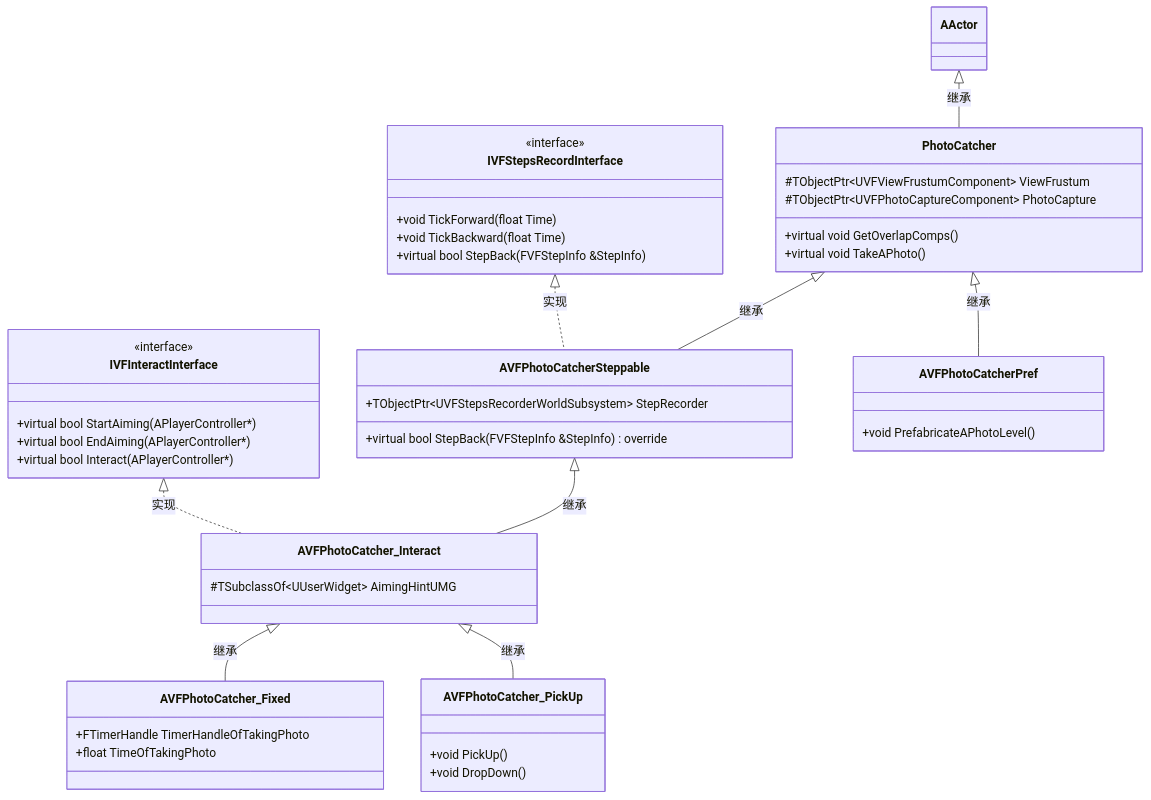
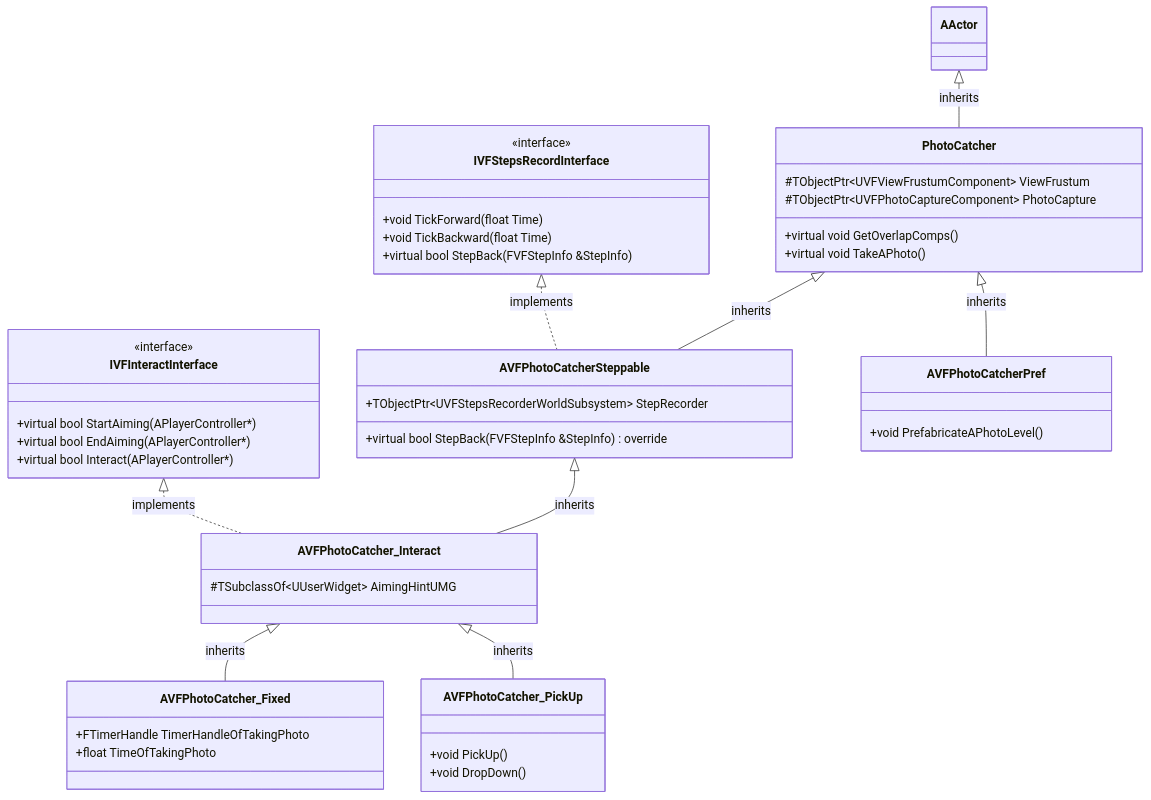
The second of 9 diagrams in README.md (StrangeDS/ViewFinderRe), drawn with Mermaid before and after one commit. The commit also changed other lines of this file and 1 other file, not shown here.

````diff
--- a/README.md
+++ b/README.md
@@ -370,57 +1032,57 @@
 ```mermaid
 classDiagram
     class PhotoCatcher {
       #TObjectPtr~UVFViewFrustumComponent~ ViewFrustum
       #TObjectPtr~UVFPhotoCaptureComponent~ PhotoCapture
 
       +virtual void GetOverlapComps()
       +virtual void TakeAPhoto()
     }
 
     class IVFStepsRecordInterface {
       <<interface>>
       +void TickForward(float Time)
       +void TickBackward(float Time)
       +virtual bool StepBack(FVFStepInfo &StepInfo)
     }
 
     class AVFPhotoCatcherSteppable {
       +TObjectPtr~UVFStepsRecorderWorldSubsystem~ StepRecorder
 
       +virtual bool StepBack(FVFStepInfo &StepInfo) override
     }
 
     class IVFInteractInterface {
       <<interface>>
       +virtual bool StartAiming(APlayerController*)
       +virtual bool EndAiming(APlayerController*)
       +virtual bool Interact(APlayerController*)
     }
 
     class AVFPhotoCatcher_Interact {
       #TSubclassOf~UUserWidget~ AimingHintUMG
     }
 
     class AVFPhotoCatcher_Fixed {
       +FTimerHandle TimerHandleOfTakingPhoto
       +float TimeOfTakingPhoto
     }
 
     class AVFPhotoCatcher_PickUp {
       +void PickUp()
       +void DropDown()
     }
 
     class AVFPhotoCatcherPref {
       +void PrefabricateAPhotoLevel()
     }
 
-    AActor <|-- PhotoCatcher: 继承
-    PhotoCatcher <|-- AVFPhotoCatcherSteppable: 继承
-    IVFStepsRecordInterface <|.. AVFPhotoCatcherSteppable: 实现
-    AVFPhotoCatcherSteppable <|-- AVFPhotoCatcher_Interact: 继承
-    IVFInteractInterface <|.. AVFPhotoCatcher_Interact: 实现
-    AVFPhotoCatcher_Interact <|-- AVFPhotoCatcher_Fixed: 继承
-    AVFPhotoCatcher_Interact <|-- AVFPhotoCatcher_PickUp: 继承
-    PhotoCatcher <|-- AVFPhotoCatcherPref: 继承
+    AActor <|-- PhotoCatcher: inherits
+    PhotoCatcher <|-- AVFPhotoCatcherSteppable: inherits
+    IVFStepsRecordInterface <|.. AVFPhotoCatcherSteppable: implements
+    AVFPhotoCatcherSteppable <|-- AVFPhotoCatcher_Interact: inherits
+    IVFInteractInterface <|.. AVFPhotoCatcher_Interact: implements
+    AVFPhotoCatcher_Interact <|-- AVFPhotoCatcher_Fixed: inherits
+    AVFPhotoCatcher_Interact <|-- AVFPhotoCatcher_PickUp: inherits
+    PhotoCatcher <|-- AVFPhotoCatcherPref: inherits
 ```
````
